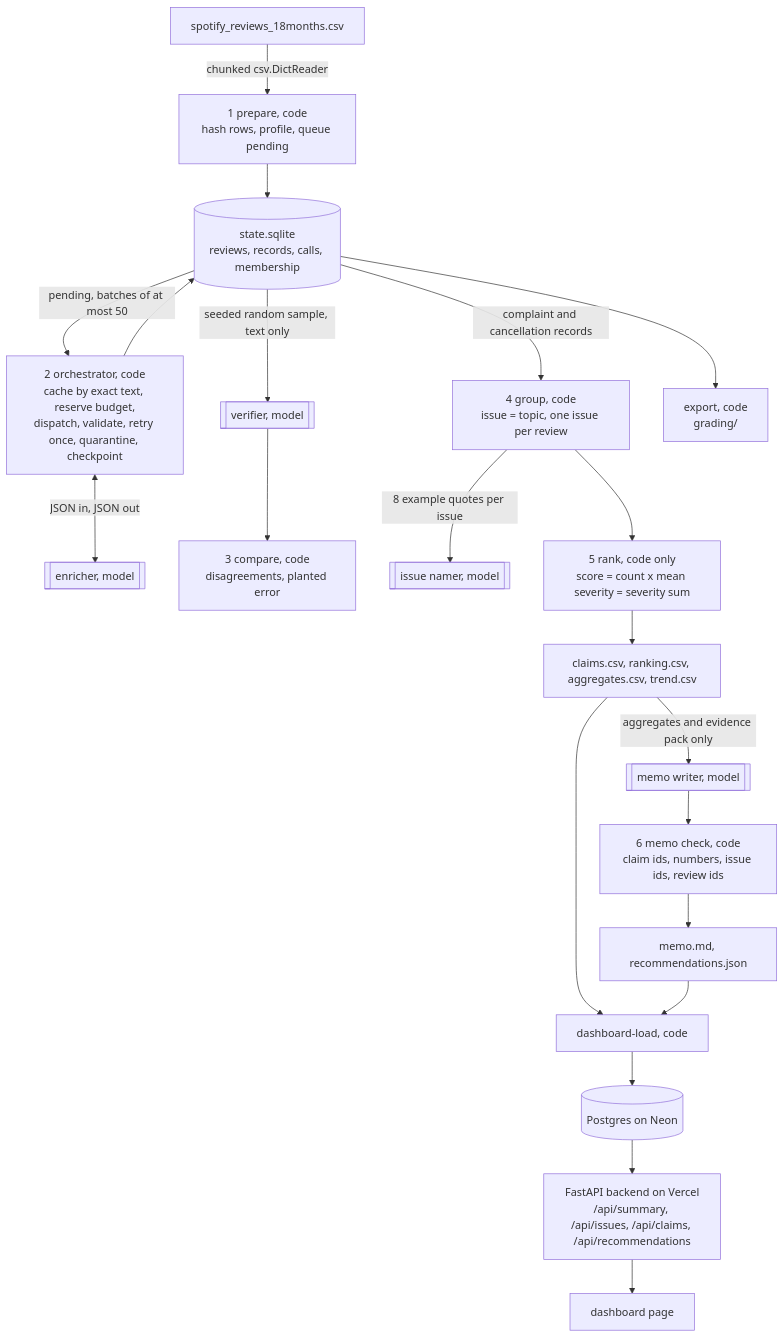
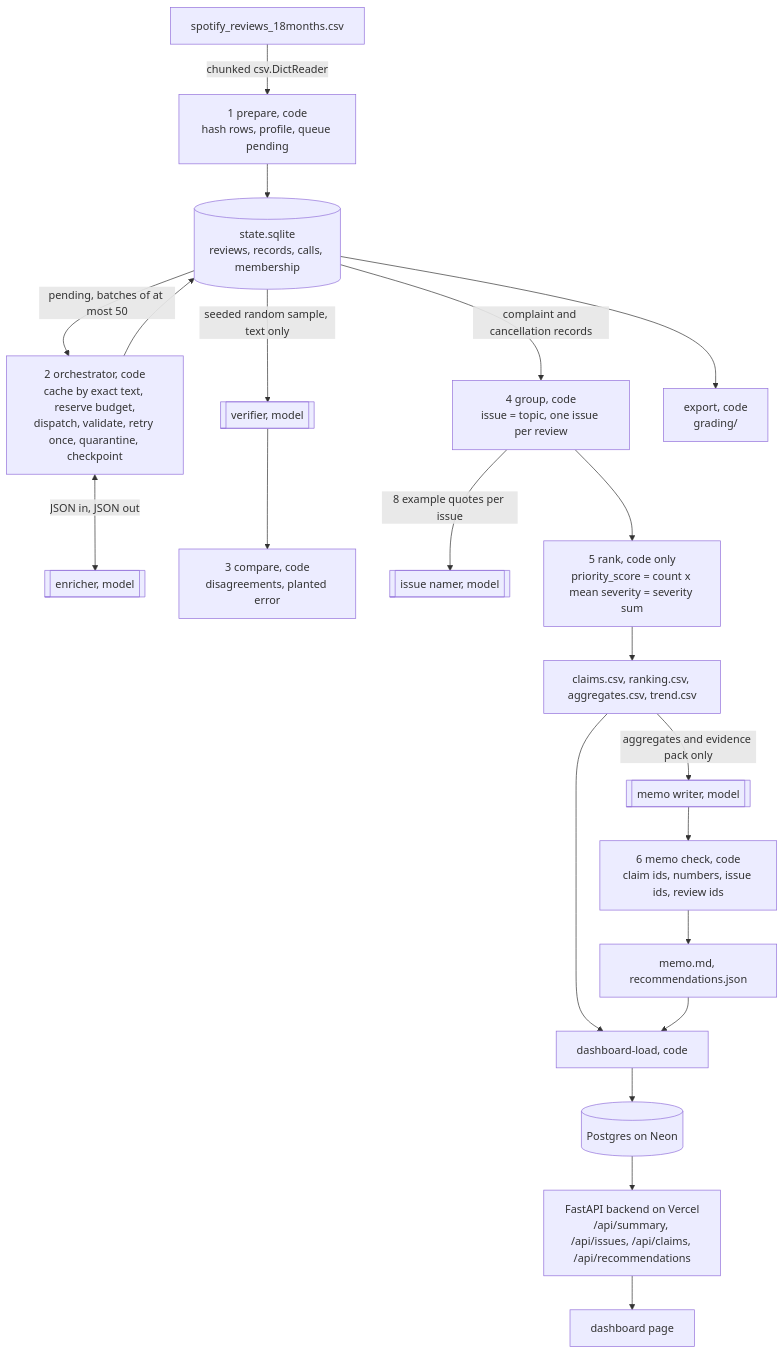
The diagram in assignment-05/README.md (IsaacAVazquez/Fundamentals-of-Agentic-AI), drawn with Mermaid before and after one commit. The commit also changed other lines of this file and 181 other files, not shown here.

````diff
--- a/assignment-05/README.md
+++ b/assignment-05/README.md
@@ -69,23 +72,23 @@
 ```mermaid
 flowchart TD
     CSV[spotify_reviews_18months.csv] -->|chunked csv.DictReader| P[1 prepare, code<br/>hash rows, profile, queue pending]
     P --> DB[(state.sqlite<br/>reviews, records, calls, membership)]
     DB -->|pending, batches of at most 50| O[2 orchestrator, code<br/>cache by exact text, reserve budget,<br/>dispatch, validate, retry once, quarantine, checkpoint]
     O <-->|JSON in, JSON out| E[[enricher, model]]
     O --> DB
     DB -->|seeded random sample, text only| V[[verifier, model]]
     V --> VC[3 compare, code<br/>disagreements, planted error]
     DB -->|complaint and cancellation records| G[4 group, code<br/>issue = topic, one issue per review]
     G -->|8 example quotes per issue| N[[issue namer, model]]
-    G --> R[5 rank, code only<br/>score = count x mean severity = severity sum]
+    G --> R[5 rank, code only<br/>priority_score = count x mean severity = severity sum]
     R --> C[claims.csv, ranking.csv, aggregates.csv, trend.csv]
     C -->|aggregates and evidence pack only| M[[memo writer, model]]
     M --> MC[6 memo check, code<br/>claim ids, numbers, issue ids, review ids]
     MC --> MEMO[memo.md, recommendations.json]
     DB --> X[export, code<br/>grading/]
     C --> L[dashboard-load, code]
     MEMO --> L
     L --> PG[(Postgres on Neon)]
     PG --> API[FastAPI backend on Vercel<br/>/api/summary, /api/issues, /api/claims, /api/recommendations]
     API --> UI[dashboard page]
 ```
````
